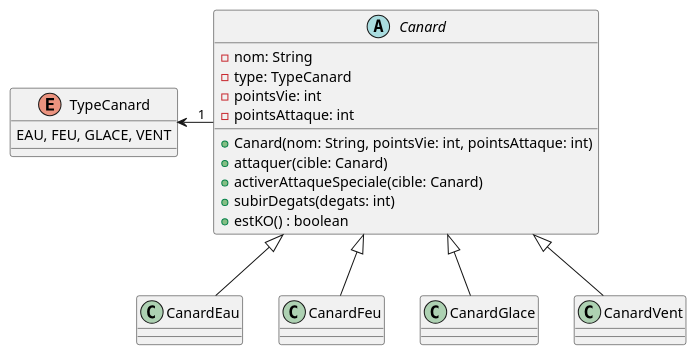
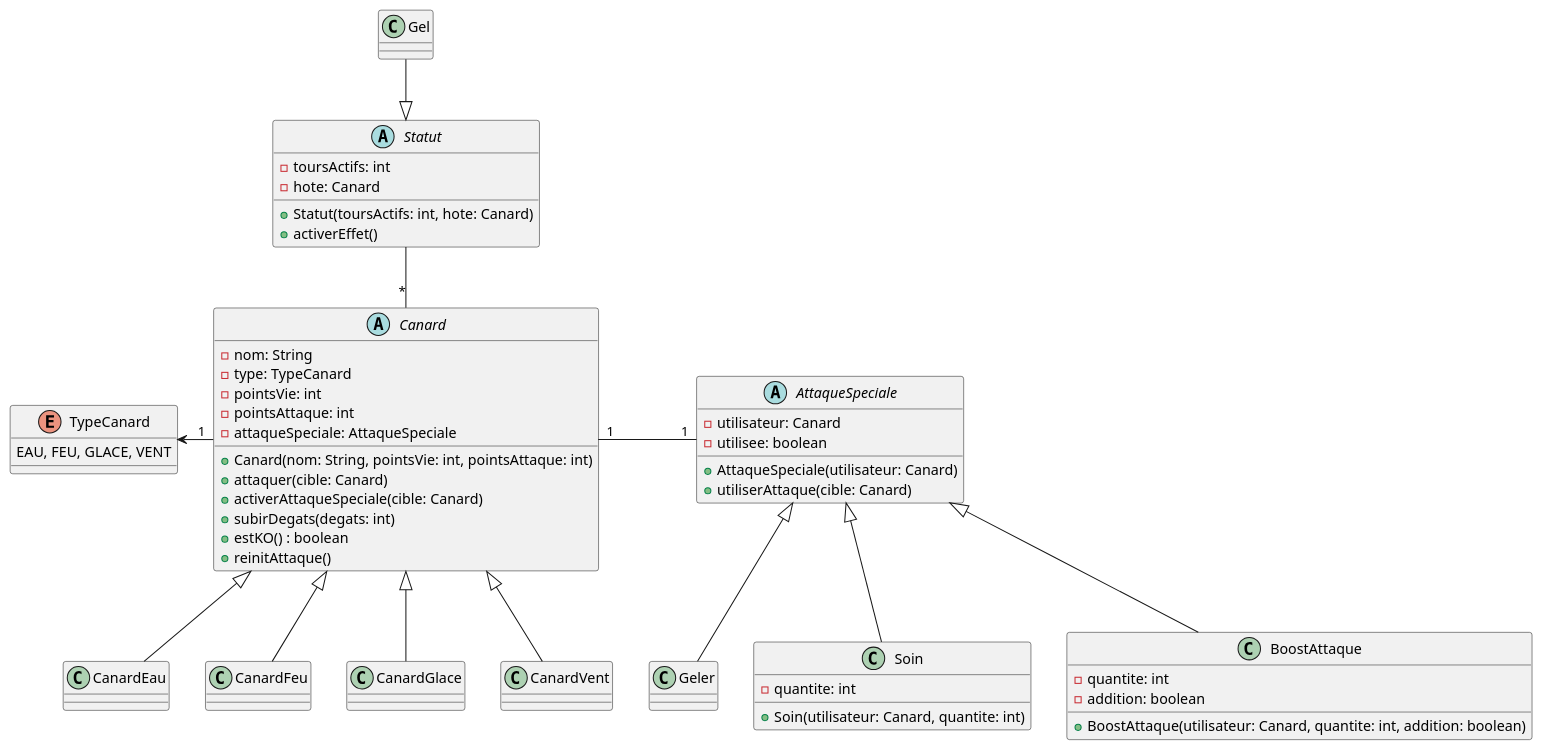
One commit to MathiasCros/CanardFighterSimulator changed the diagram in doc/class-diagram.plantuml. Above: the diagram before and after it, drawn with PlantUML. The commit also changed 23 other files, not shown here.

```diff
--- a/doc/class-diagram.plantuml
+++ b/doc/class-diagram.plantuml
@@ -1,43 +1,84 @@
 @startuml class-diagram
 
 ' Je n'ai pas ajouté les getter et setter pour simplifier le schéma
 
 enum TypeCanard {
     EAU, FEU, GLACE, VENT
 }
 
+abstract class AttaqueSpeciale {
+    -utilisateur: Canard
+    -utilisee: boolean
+    +AttaqueSpeciale(utilisateur: Canard)
+    +utiliserAttaque(cible: Canard)
+}
+
+class BoostAttaque {
+    -quantite: int
+    -addition: boolean
+    +BoostAttaque(utilisateur: Canard, quantite: int, addition: boolean)
+}
+
+class Geler {
+}
+
+class Soin {
+    -quantite: int
+    +Soin(utilisateur: Canard, quantite: int)
+}
+
+abstract class Statut {
+    -toursActifs: int
+    -hote: Canard
+    +Statut(toursActifs: int, hote: Canard)
+    +activerEffet()
+}
+
+class Gel {
+}
+
 abstract class Canard {
     -nom: String
     -type: TypeCanard
     -pointsVie: int
     -pointsAttaque: int
+    -attaqueSpeciale: AttaqueSpeciale
     +Canard(nom: String, pointsVie: int, pointsAttaque: int)
     +attaquer(cible: Canard)
     +activerAttaqueSpeciale(cible: Canard)
     +subirDegats(degats: int)
     +estKO() : boolean
+    +reinitAttaque()
 }
 
 class CanardEau {
 
 }
 
 class CanardFeu {
     
 }
 
 class CanardGlace {
     
 }
 
 class CanardVent {
     
 }
 
 Canard ^-- CanardEau
 Canard ^-- CanardFeu
 Canard ^-- CanardGlace
 Canard ^-- CanardVent
 
+AttaqueSpeciale ^-- BoostAttaque
+AttaqueSpeciale ^-- Geler
+AttaqueSpeciale ^-- Soin
+
+Statut ^-up- Gel
+
 Canard "1" -left-> TypeCanard
+Canard "*" -up- Statut
+Canard "1" -right- "1" AttaqueSpeciale
 @enduml
```
